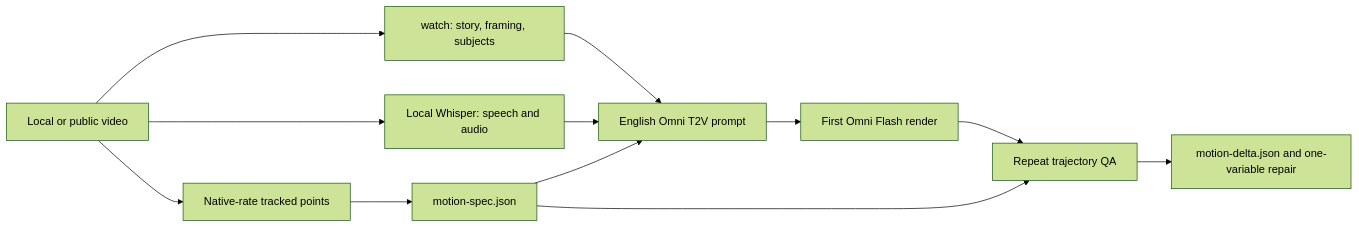
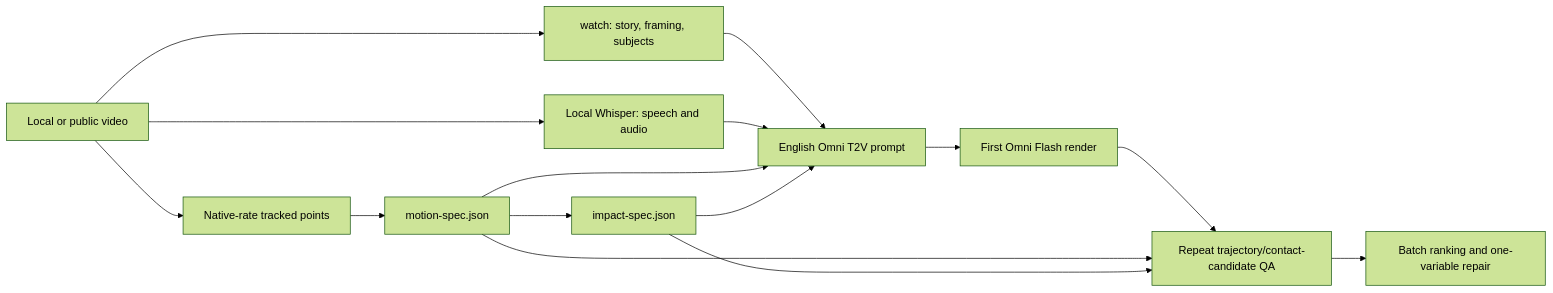
One commit to peipeijiang/tiktok-to-omni-video changed the diagram in README.en.md. Above: the diagram before and after it, drawn with Mermaid (forest theme). The commit also changed other lines of this file and 9 other files, not shown here.

Commit message:
feat: add batch impact contracts for Omni prompts

````diff
--- a/README.en.md
+++ b/README.en.md
@@ -13,14 +13,17 @@
 ```mermaid
 flowchart LR
   V[Local or public video] --> W[watch: story, framing, subjects]
   V --> A[Local Whisper: speech and audio]
   V --> T[Native-rate tracked points]
   T --> M[motion-spec.json]
+  M --> I[impact-spec.json]
   W --> P[English Omni T2V prompt]
   A --> P
   M --> P
+  I --> P
   P --> O[First Omni Flash render]
-  O --> Q[Repeat trajectory QA]
+  O --> Q[Repeat trajectory/contact-candidate QA]
   M --> Q
-  Q --> R[motion-delta.json and one-variable repair]
+  I --> Q
+  Q --> R[Batch ranking and one-variable repair]
 ```
````
